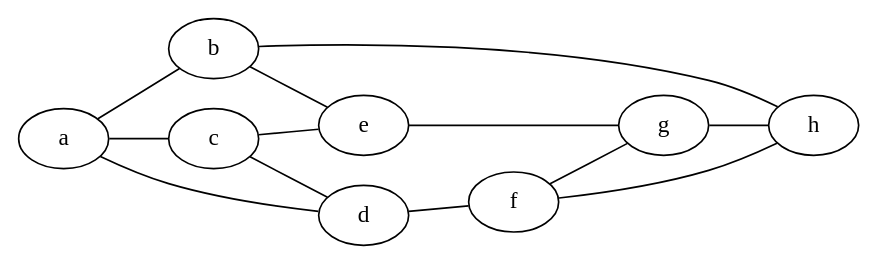
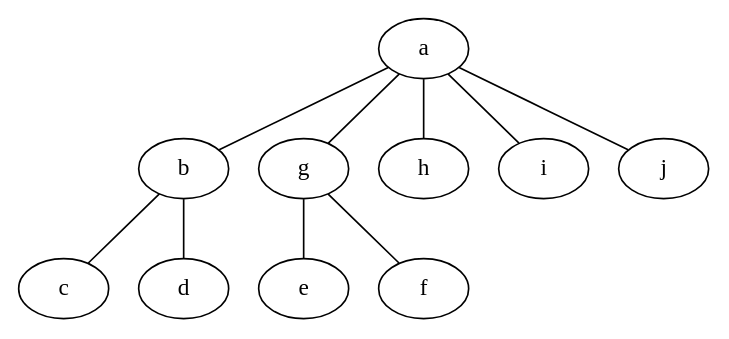
One commit to jaanos/diskretne-strukture-fim changed the ninth of 20 diagrams in zapiski/2020-21/2021-01-06.md. Above: the diagram before and after it, drawn with Graphviz. The commit also changed other lines of this file, not shown here.

````diff
--- a/zapiski/2020-21/2021-01-06.md
+++ b/zapiski/2020-21/2021-01-06.md
@@ -60,18 +195,13 @@
 ```graphviz
-graph G2 {
-  rankdir=LR
-
+graph T5 {
   a -- b
-  a -- c
-  a -- d
-  b -- e
-  b -- h
-  c -- d
-  c -- e
-  d -- f
-  e -- g
-  f -- g
-  f -- h
-  g -- h
+  b -- c
+  b -- d
+  g -- e
+  g -- f
+  a -- g
+  a -- h
+  a -- i
+  a -- j
 }
 ```
````
